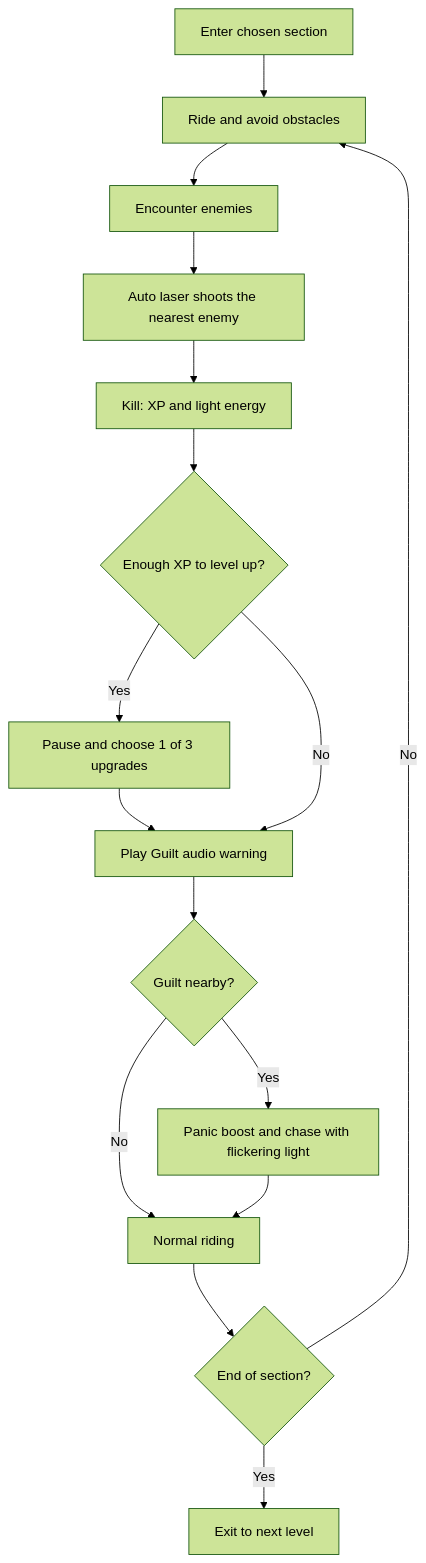
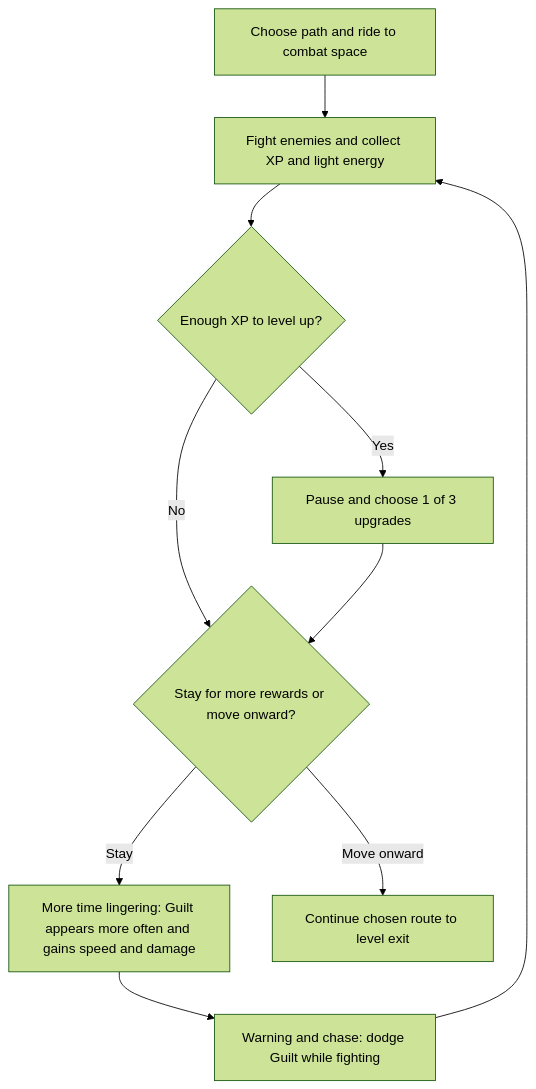
One commit to kihecpihec/boki changed the third of 3 diagrams in docs/Gameplay.md. Above: the diagram before and after it, drawn with Mermaid (forest theme). The commit also changed other lines of this file and 2 other files, not shown here.

Commit message:
docs: expand milestones and define escalating Guilt pressure

````diff
--- a/docs/Gameplay.md
+++ b/docs/Gameplay.md
@@ -217,18 +221,12 @@
 ```mermaid
 flowchart TD
-    A[Enter chosen section] --> B[Ride and avoid obstacles]
-    B --> C[Encounter enemies]
-    C --> D[Auto laser shoots the nearest enemy]
-    D --> E[Kill: XP and light energy]
-    E --> F{Enough XP to level up?}
-    F -- Yes --> G[Pause and choose 1 of 3 upgrades]
-    G --> H[Play Guilt audio warning]
-    F -- No --> H
-    H --> I{Guilt nearby?}
-    I -- Yes --> J[Panic boost and chase with flickering light]
-    I -- No --> K[Normal riding]
-    J --> K
-    K --> L{End of section?}
-    L -- No --> B
-    L -- Yes --> M[Exit to next level]
+    A[Choose path and ride to combat space] --> B[Fight enemies and collect XP and light energy]
+    B --> C{Enough XP to level up?}
+    C -- Yes --> D[Pause and choose 1 of 3 upgrades]
+    C -- No --> E{Stay for more rewards or move onward?}
+    D --> E
+    E -- Stay --> F[More time lingering: Guilt appears more often and gains speed and damage]
+    F --> G[Warning and chase: dodge Guilt while fighting]
+    G --> B
+    E -- Move onward --> H[Continue chosen route to level exit]
 ```
````
